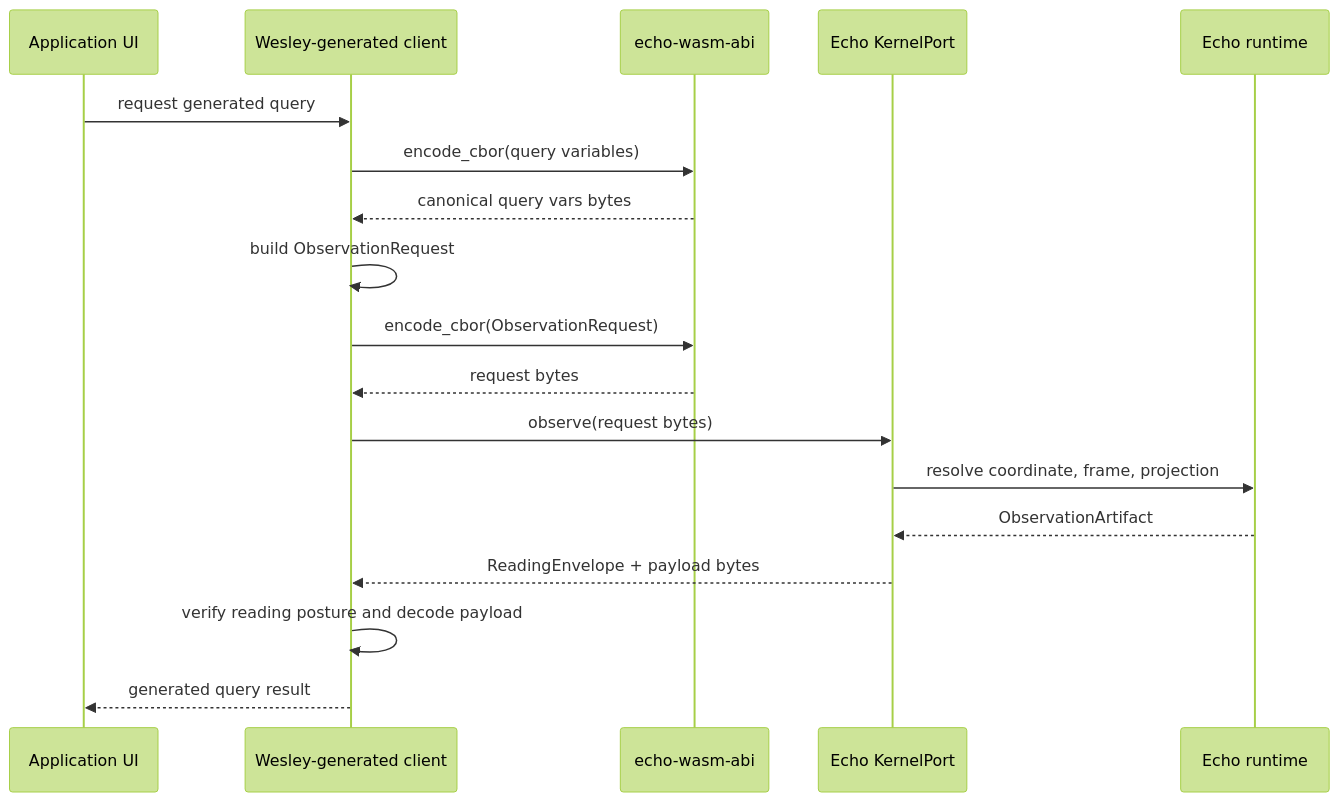
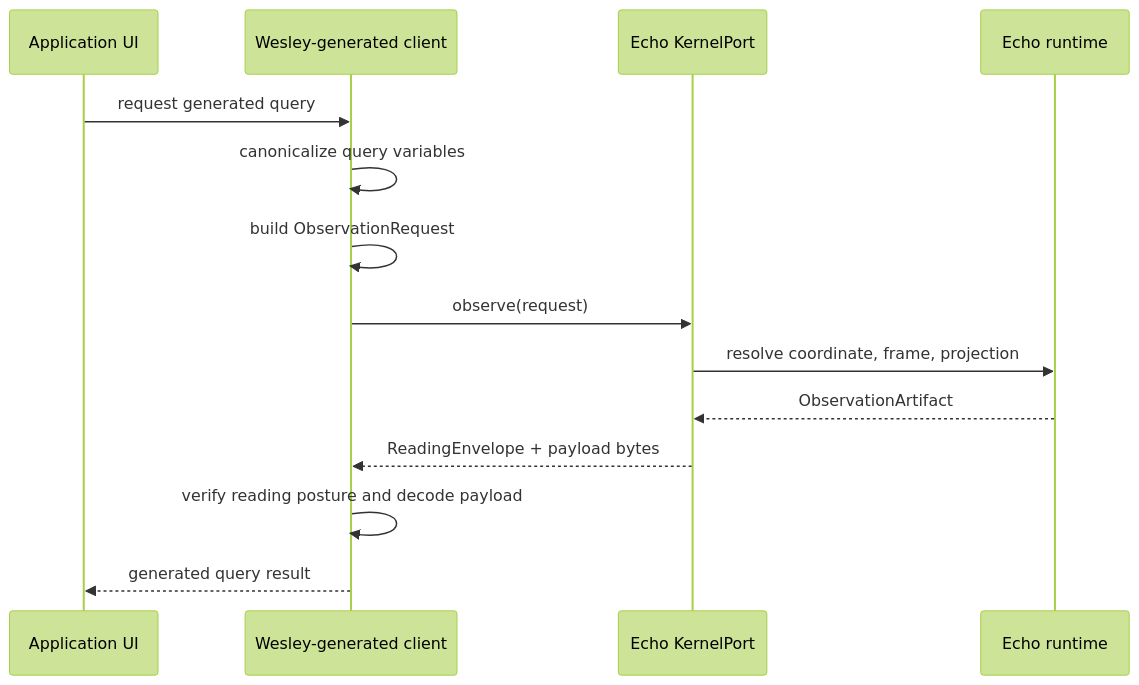
One commit to flyingrobots/echo changed the third of 8 diagrams in docs/architecture/application-contract-hosting.md. Above: the diagram before and after it, drawn with Mermaid (forest theme). The commit also changed other lines of this file and 3 other files, not shown here.

````diff
--- a/docs/architecture/application-contract-hosting.md
+++ b/docs/architecture/application-contract-hosting.md
@@ -217,21 +228,17 @@
 ```mermaid
 sequenceDiagram
     participant UI as Application UI
     participant Gen as Wesley-generated client
-    participant ABI as echo-wasm-abi
     participant Echo as Echo KernelPort
     participant Runtime as Echo runtime
 
     UI->>Gen: request generated query
-    Gen->>ABI: encode_cbor(query variables)
-    ABI-->>Gen: canonical query vars bytes
+    Gen->>Gen: canonicalize query variables
     Gen->>Gen: build ObservationRequest
-    Gen->>ABI: encode_cbor(ObservationRequest)
-    ABI-->>Gen: request bytes
-    Gen->>Echo: observe(request bytes)
+    Gen->>Echo: observe(request)
     Echo->>Runtime: resolve coordinate, frame, projection
     Runtime-->>Echo: ObservationArtifact
     Echo-->>Gen: ReadingEnvelope + payload bytes
     Gen->>Gen: verify reading posture and decode payload
     Gen-->>UI: generated query result
 ```
````
